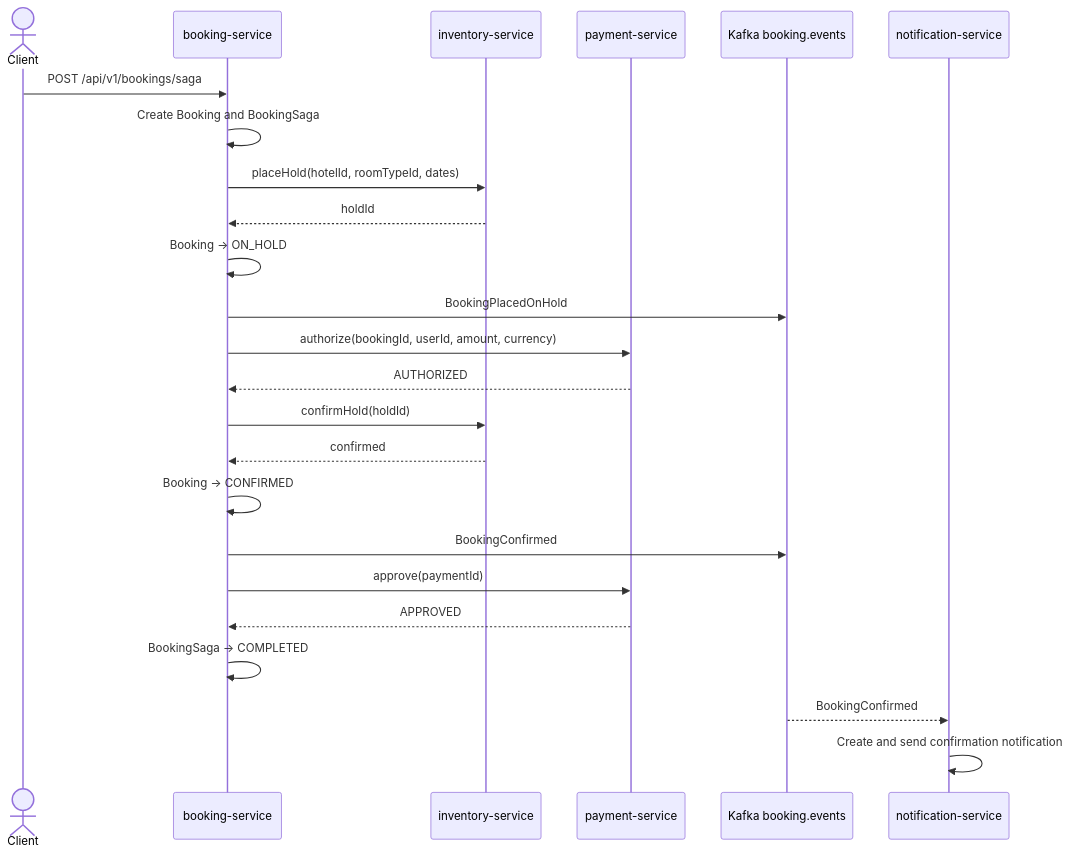
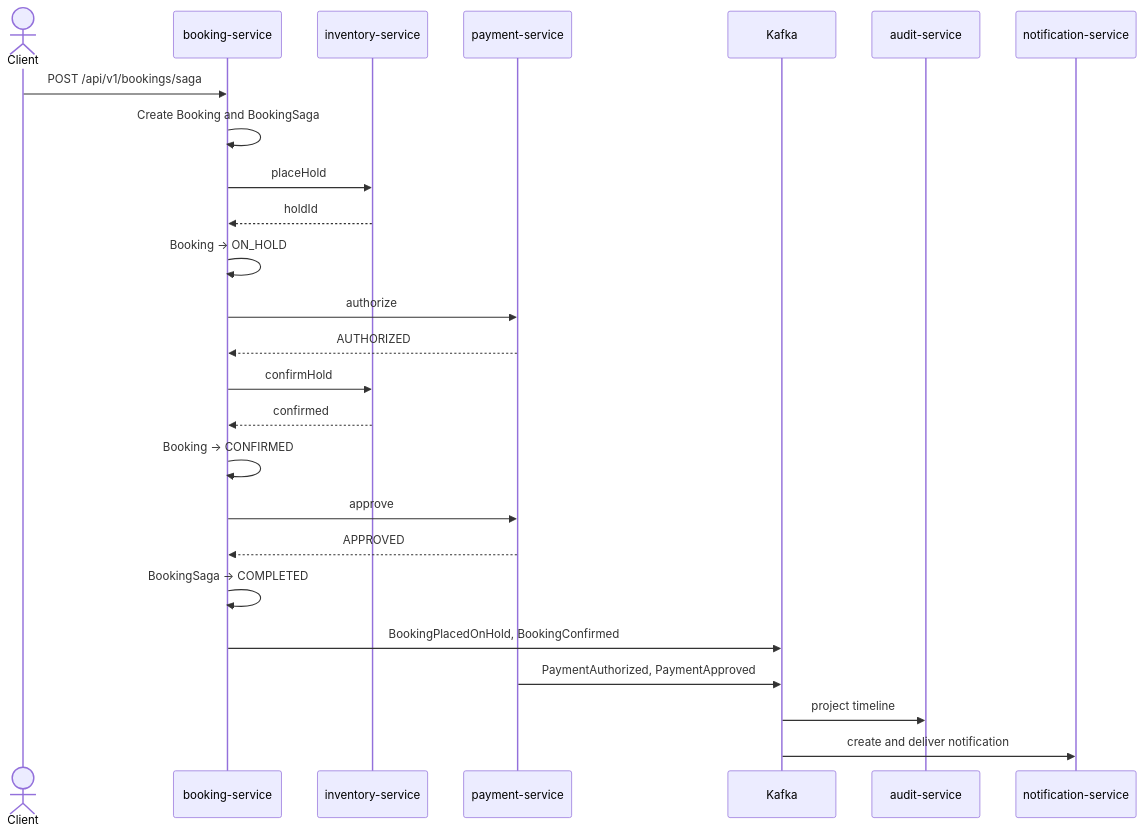
One commit to VolkovIO/hotelbooking changed the third of 4 diagrams in docs/booking-saga.md. Above: the diagram before and after it, drawn with Mermaid. The commit also changed other lines of this file and 11 other files, not shown here.

````diff
--- a/docs/booking-saga.md
+++ b/docs/booking-saga.md
@@ -130,33 +160,28 @@
 ```mermaid
 sequenceDiagram
     actor Client
     participant Booking as booking-service
     participant Inventory as inventory-service
     participant Payment as payment-service
-    participant Kafka as Kafka booking.events
+    participant Kafka as Kafka
+    participant Audit as audit-service
     participant Notification as notification-service
 
     Client->>Booking: POST /api/v1/bookings/saga
     Booking->>Booking: Create Booking and BookingSaga
-
-    Booking->>Inventory: placeHold(hotelId, roomTypeId, dates)
+    Booking->>Inventory: placeHold
     Inventory-->>Booking: holdId
     Booking->>Booking: Booking -> ON_HOLD
-    Booking->>Kafka: BookingPlacedOnHold
-
-    Booking->>Payment: authorize(bookingId, userId, amount, currency)
+    Booking->>Payment: authorize
     Payment-->>Booking: AUTHORIZED
-
-    Booking->>Inventory: confirmHold(holdId)
+    Booking->>Inventory: confirmHold
     Inventory-->>Booking: confirmed
-
     Booking->>Booking: Booking -> CONFIRMED
-    Booking->>Kafka: BookingConfirmed
-
-    Booking->>Payment: approve(paymentId)
+    Booking->>Payment: approve
     Payment-->>Booking: APPROVED
-
     Booking->>Booking: BookingSaga -> COMPLETED
-    Kafka-->>Notification: BookingConfirmed
-    Notification->>Notification: Create and send confirmation notification
+    Booking->>Kafka: BookingPlacedOnHold, BookingConfirmed
+    Payment->>Kafka: PaymentAuthorized, PaymentApproved
+    Kafka->>Audit: project timeline
+    Kafka->>Notification: create and deliver notification
 ```
````
